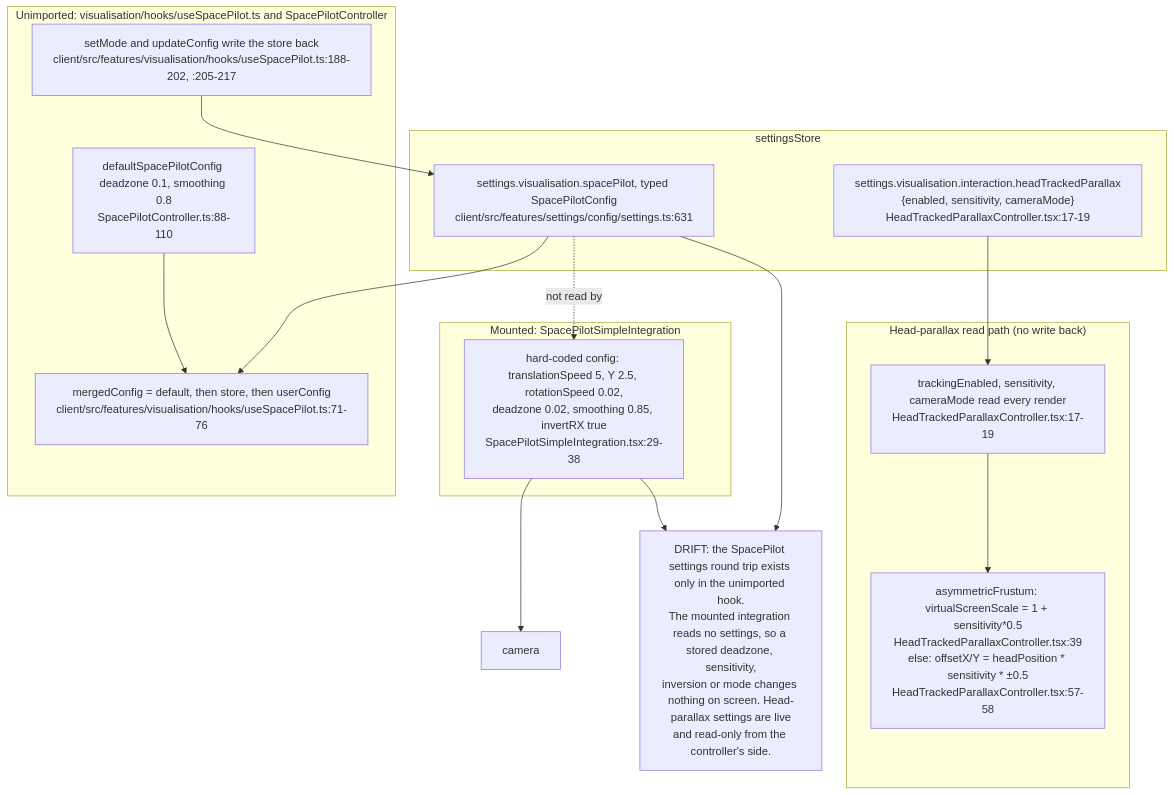
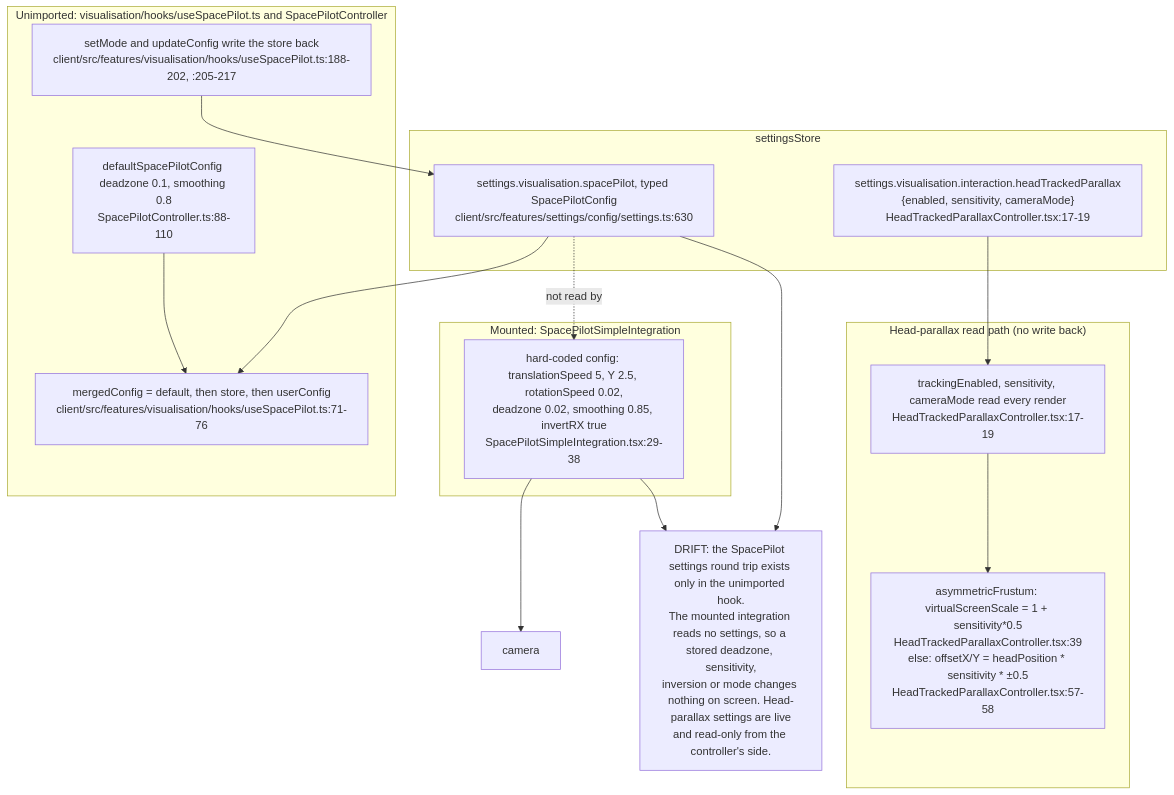
The tenth of 11 diagrams in docs/diagrams/visionclaw/37-browser-xr-and-desktop-input.md (DreamLab-AI/VisionFlow), drawn with Mermaid before and after one commit. The commit also changed other lines of this file and 154 other files, not shown here.

First line of the commit message:
docs(diagrams): re-stamp 154 topics whose every citation still reads the same text at the current heads

````diff
--- a/docs/diagrams/visionclaw/37-browser-xr-and-desktop-input.md
+++ b/docs/diagrams/visionclaw/37-browser-xr-and-desktop-input.md
@@ -462,28 +462,28 @@
 ```mermaid
 flowchart TB
     subgraph store["settingsStore"]
-        SS["settings.visualisation.spacePilot, typed SpacePilotConfig<br/>client/src/features/settings/config/settings.ts:631"]
+        SS["settings.visualisation.spacePilot, typed SpacePilotConfig<br/>client/src/features/settings/config/settings.ts:630"]
         HS["settings.visualisation.interaction.headTrackedParallax<br/>{enabled, sensitivity, cameraMode}<br/>HeadTrackedParallaxController.tsx:17-19"]
     end
     subgraph dead["Unimported: visualisation/hooks/useSpacePilot.ts and SpacePilotController"]
         DEF["defaultSpacePilotConfig deadzone 0.1, smoothing 0.8<br/>SpacePilotController.ts:88-110"]
         MERGE["mergedConfig = default, then store, then userConfig<br/>client/src/features/visualisation/hooks/useSpacePilot.ts:71-76"]
         UPD["setMode and updateConfig write the store back<br/>client/src/features/visualisation/hooks/useSpacePilot.ts:188-202, :205-217"]
     end
     subgraph live["Mounted: SpacePilotSimpleIntegration"]
         LIT["hard-coded config: translationSpeed 5, Y 2.5, rotationSpeed 0.02,<br/>deadzone 0.02, smoothing 0.85, invertRX true<br/>SpacePilotSimpleIntegration.tsx:29-38"]
     end
     subgraph hp["Head-parallax read path (no write back)"]
         HREAD["trackingEnabled, sensitivity, cameraMode read every render<br/>HeadTrackedParallaxController.tsx:17-19"]
         HAPPLY["asymmetricFrustum: virtualScreenScale = 1 + sensitivity*0.5<br/>HeadTrackedParallaxController.tsx:39<br/>else: offsetX/Y = headPosition * sensitivity * ±0.5<br/>HeadTrackedParallaxController.tsx:57-58"]
     end
     DEF --> MERGE
     SS --> MERGE
     UPD --> SS
     LIT --> CAMX["camera"]
     SS -.->|"not read by"| LIT
     HS --> HREAD --> HAPPLY
     note1["DRIFT: the SpacePilot settings round trip exists only in the unimported hook.<br/>The mounted integration reads no settings, so a stored deadzone, sensitivity,<br/>inversion or mode changes nothing on screen. Head-parallax settings are live<br/>and read-only from the controller's side."]
     SS --> note1
     LIT --> note1
 ```
````
